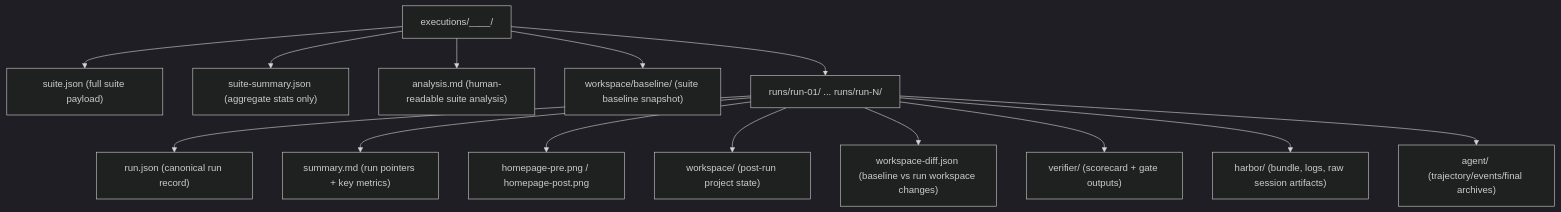
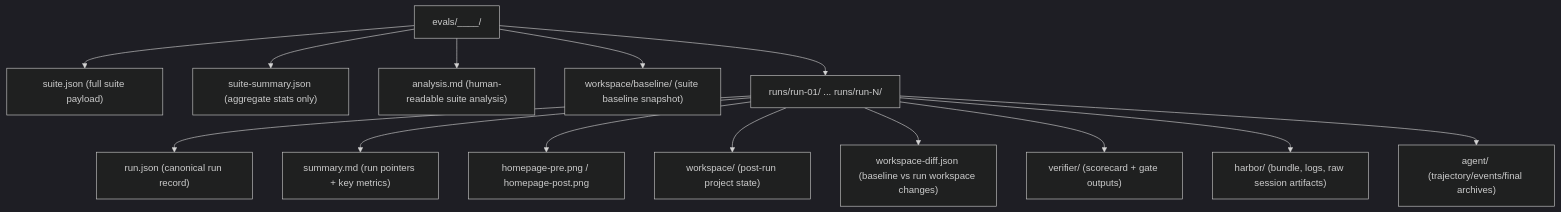
One commit to adam-jackson-cf/raidar changed the second of 2 diagrams in README.md. Above: the diagram before and after it, drawn with Mermaid (dark theme). The commit also changed other lines of this file and 71 other files, not shown here.

````diff
--- a/README.md
+++ b/README.md
@@ -125,16 +125,16 @@
 ```mermaid
 flowchart TD
-    A["executions/<timestamp>__<task>__<version>/"] --> B["suite.json (full suite payload)"]
+    A["evals/<timestamp>__<task>__<version>/"] --> B["suite.json (full suite payload)"]
     A --> C["suite-summary.json (aggregate stats only)"]
     A --> D["analysis.md (human-readable suite analysis)"]
     A --> E["workspace/baseline/ (suite baseline snapshot)"]
     A --> F["runs/run-01/ ... runs/run-N/"]
     F --> G["run.json (canonical run record)"]
     F --> H["summary.md (run pointers + key metrics)"]
     F --> I["homepage-pre.png / homepage-post.png"]
     F --> J["workspace/ (post-run project state)"]
     F --> K["workspace-diff.json (baseline vs run workspace changes)"]
     F --> L["verifier/ (scorecard + gate outputs)"]
     F --> M["harbor/ (bundle, logs, raw session artifacts)"]
     F --> N["agent/ (trajectory/events/final archives)"]
 ```
````
